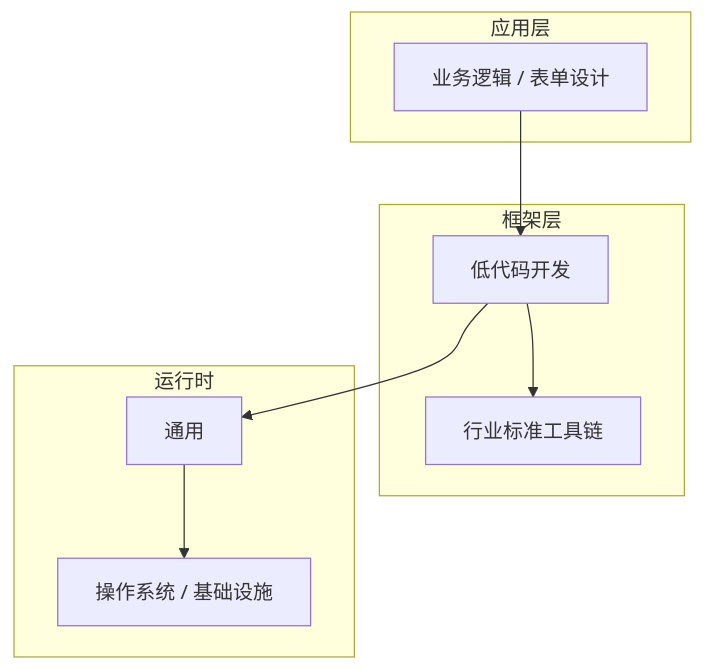
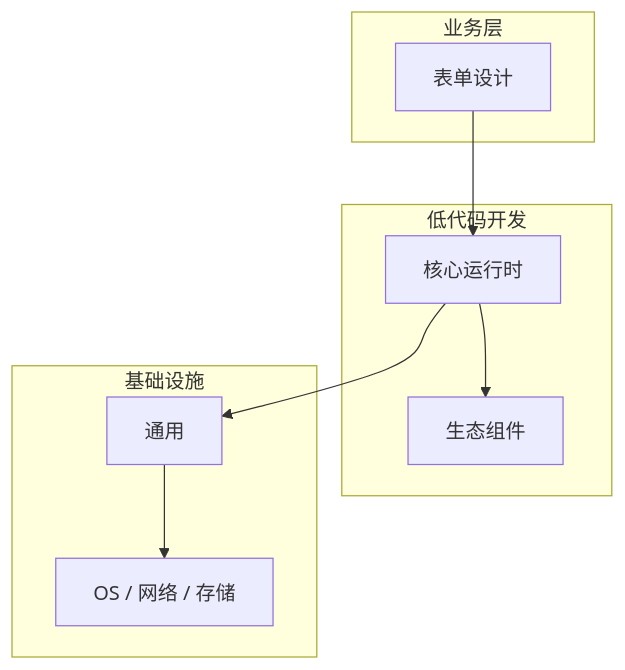
The diagram in articles/低代码开发/chapters/011-表单设计核心概念与原理.md (yanggan2015/knowledge-json-v2), drawn with Mermaid before and after one commit. The commit also changed other lines of this file and 10127 other files, not shown here.

````diff
--- a/articles/低代码开发/chapters/011-表单设计核心概念与原理.md
+++ b/articles/低代码开发/chapters/011-表单设计核心概念与原理.md
@@ -45,18 +30,18 @@
 ```mermaid
 graph TB
-    subgraph 应用层
-        A[业务逻辑 / 表单设计]
+    subgraph 业务层
+        A[表单设计]
     end
-    subgraph 框架层
-        B[低代码开发]
-        C[行业标准工具链]
+    subgraph 低代码开发
+        B[核心运行时]
+        C[生态组件]
     end
-    subgraph 运行时
+    subgraph 基础设施
         D[通用]
-        E[操作系统 / 基础设施]
+        E[OS / 网络 / 存储]
     end
     A --> B
     B --> C
     B --> D
     D --> E
 ```
````
